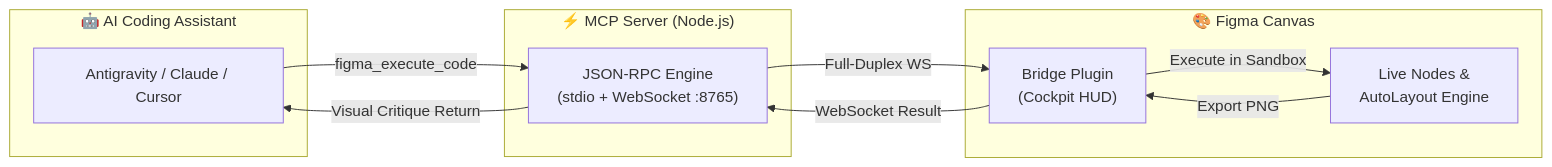
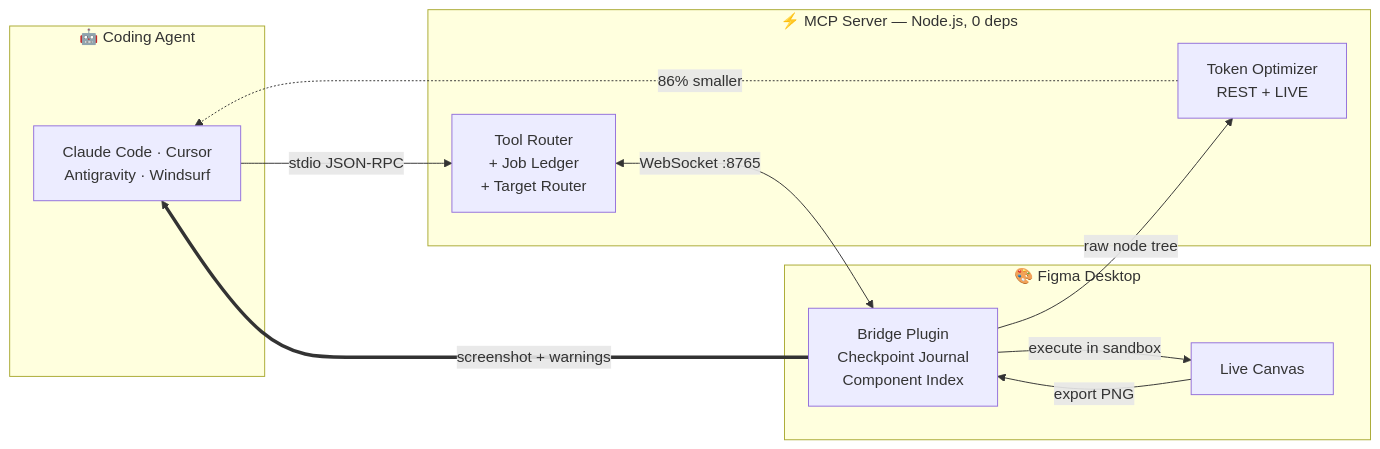
One commit to kolganovr/figma-mcp-bridge changed the diagram in README.md. Above: the diagram before and after it, drawn with Mermaid. The commit also changed other lines of this file and 38 other files, not shown here.

First line of the commit message:
feat: v2.0 — WebSocket engine, security hardening, context optimizer, Node installer

````diff
--- a/README.md
+++ b/README.md
@@ -15,22 +67,24 @@
 ```mermaid
 flowchart LR
-    subgraph AI ["🤖 AI Coding Assistant"]
-        LLM["Antigravity / Claude / Cursor"]
+    subgraph AI ["🤖 Coding Agent"]
+        LLM["Claude Code · Cursor<br/>Antigravity · Windsurf"]
     end
 
-    subgraph Bridge ["⚡ MCP Server (Node.js)"]
-        Server["JSON-RPC Engine<br/>(stdio + WebSocket :8765)"]
+    subgraph Bridge ["⚡ MCP Server — Node.js, 0 deps"]
+        Router["Tool Router<br/>+ Job Ledger<br/>+ Target Router"]
+        Opt["Token Optimizer<br/>REST + LIVE"]
     end
 
-    subgraph Figma ["🎨 Figma Canvas"]
-        Plugin["Bridge Plugin<br/>(Cockpit HUD)"]
-        Canvas["Live Nodes &<br/>AutoLayout Engine"]
+    subgraph Figma ["🎨 Figma Desktop"]
+        Plugin["Bridge Plugin<br/>Checkpoint Journal<br/>Component Index"]
+        Canvas["Live Canvas"]
     end
 
-    LLM -->|figma_execute_code| Server
-    Server -->|Full-Duplex WS| Plugin
-    Plugin -->|Execute in Sandbox| Canvas
-    Canvas -->|Export PNG| Plugin
-    Plugin -->|WebSocket Result| Server
-    Server -->|Visual Critique Return| LLM
+    LLM -->|"stdio JSON-RPC"| Router
+    Router <-->|"WebSocket :8765"| Plugin
+    Plugin -->|"execute in sandbox"| Canvas
+    Canvas -->|"export PNG"| Plugin
+    Plugin -->|"raw node tree"| Opt
+    Opt -.->|"86% smaller"| LLM
+    Plugin ==>|"screenshot + warnings"| LLM
 ```
````
